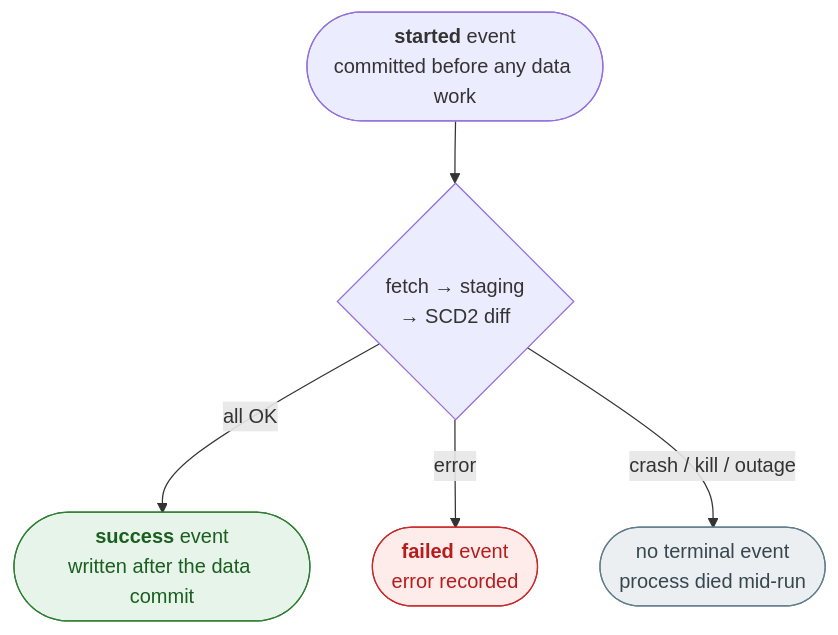
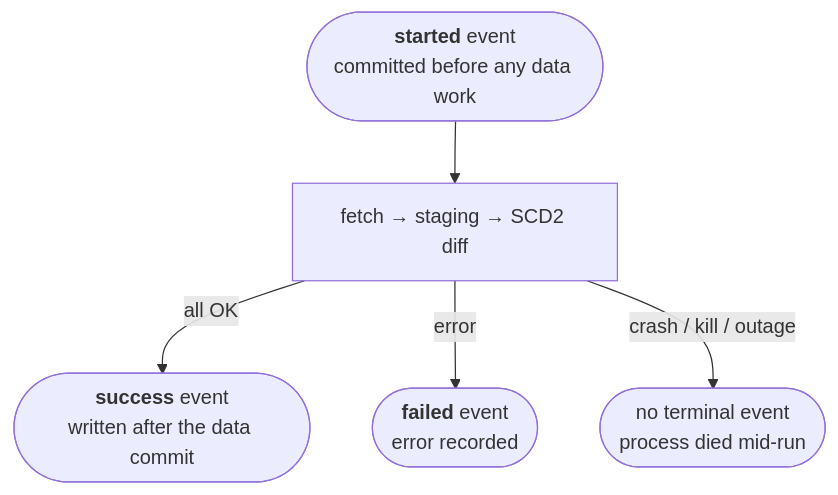
One commit to cruzlorite/bdns-fetch changed the second of 2 diagrams in packages/bdns-sync/README.en.md. Above: the diagram before and after it, drawn with Mermaid. The commit also changed 1 other file, not shown here.

Commit message:
docs: drop colors and the diamond node from the run-lifecycle diagram

````diff
--- a/packages/bdns-sync/README.en.md
+++ b/packages/bdns-sync/README.en.md
@@ -181,13 +181,7 @@
 ```mermaid
 flowchart TD
-    A(["<b>started</b> event<br/>committed before any data work"]) --> B{"fetch → staging<br/>→ SCD2 diff"}
+    A(["<b>started</b> event<br/>committed before any data work"]) --> B["fetch → staging → SCD2 diff"]
     B -->|all OK| C(["<b>success</b> event<br/>written after the data commit"])
     B -->|error| D(["<b>failed</b> event<br/>error recorded"])
     B -->|crash / kill / outage| E(["no terminal event<br/>process died mid-run"])
-    classDef ok fill:#e6f4ea,stroke:#2e7d32,color:#1b5e20
-    classDef bad fill:#fdecea,stroke:#c62828,color:#b71c1c
-    classDef dead fill:#eceff1,stroke:#607d8b,color:#37474f
-    class C ok
-    class D bad
-    class E dead
 ```
````
